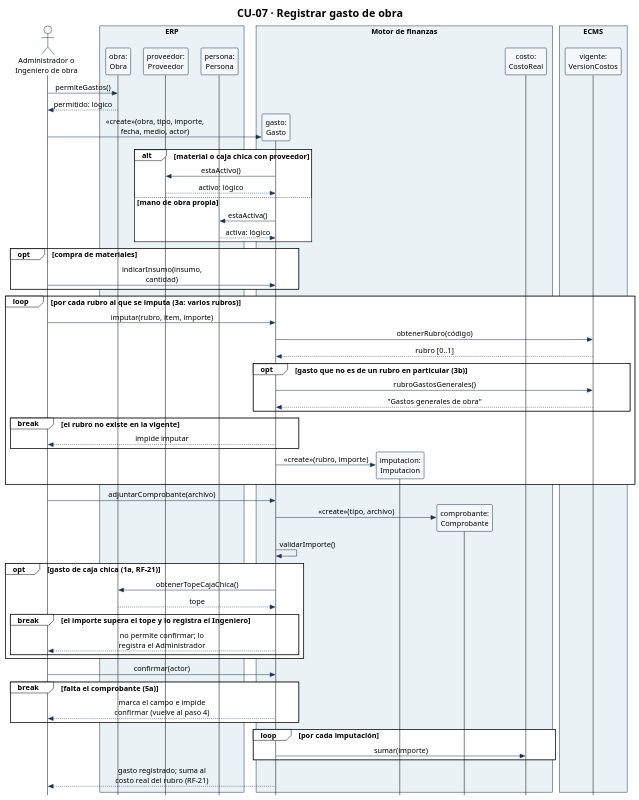
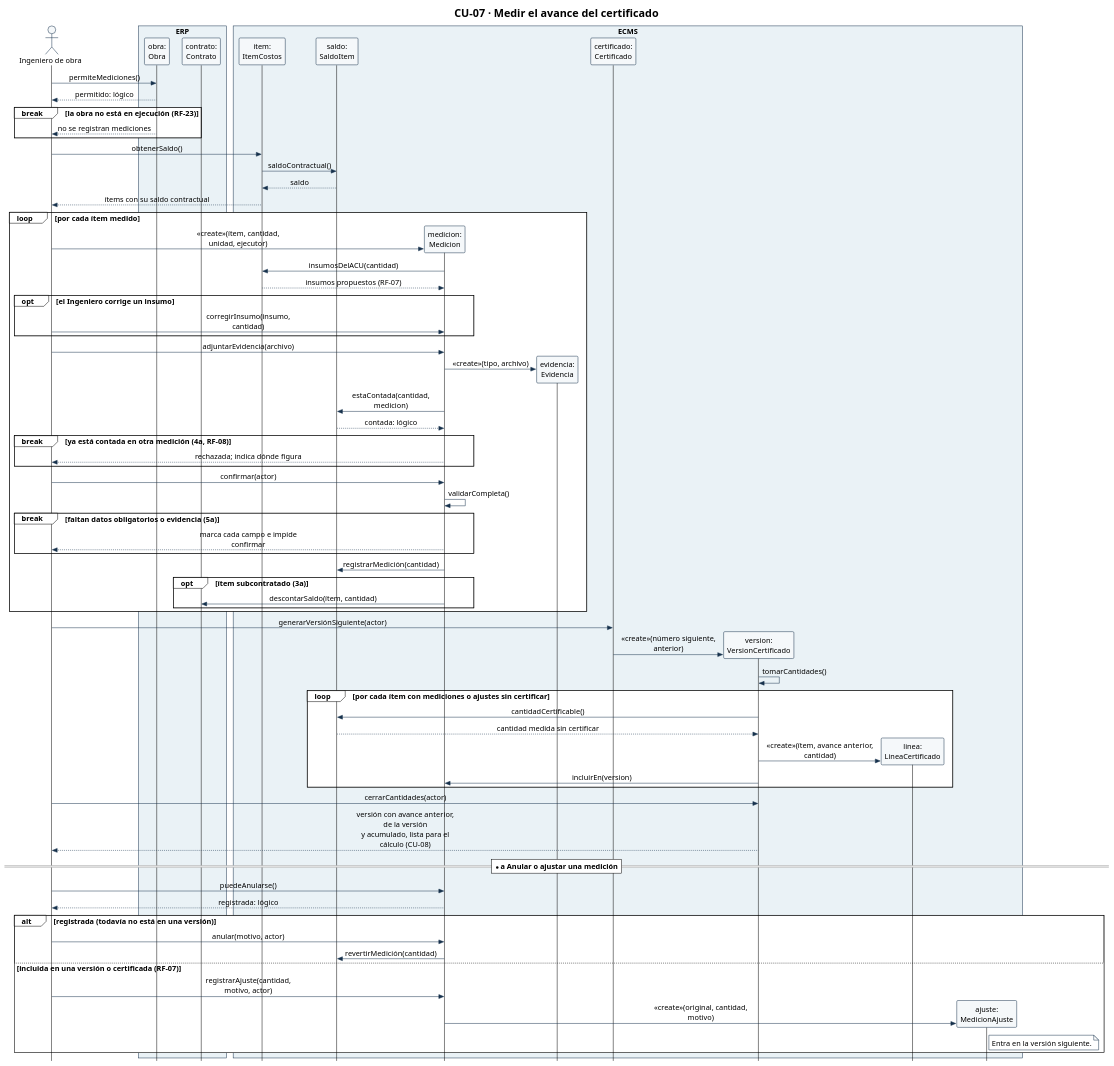
One commit to Ssrrb/tpf-uca changed the diagram in diagramas/CU-07-secuencia.puml. Above: the diagram before and after it, drawn with PlantUML. The commit also changed 51 other files, not shown here.

First line of the commit message:
Renumera los diagramas de CU 1 al 16 en orden de dependencia y saca los que salen del MVP

```diff
--- a/diagramas/CU-07-secuencia.puml
+++ b/diagramas/CU-07-secuencia.puml
@@ -1,86 +1,104 @@
 @startuml
 !theme plain
 skinparam style strictuml
 skinparam shadowing false
 skinparam defaultFontName Arial
 skinparam defaultFontSize 15
 skinparam sequenceMessageAlign center
 skinparam maxMessageSize 220
 skinparam ParticipantPadding 8
 skinparam BoxPadding 6
 skinparam ParticipantBackgroundColor #F5F8FA
 skinparam ParticipantBorderColor #17324D
 skinparam ActorBorderColor #17324D
 skinparam ActorBackgroundColor #F5F8FA
 skinparam ArrowColor #17324D
 skinparam SequenceBoxBorderColor #17324D
 skinparam note {
   BackgroundColor #FFFFFF
   BorderColor #17324D
 }
 hide footbox
-title CU-07 · Registrar gasto de obra
-actor "Administrador o\nIngeniero de obra" as Usr
+title CU-07 · Medir el avance del certificado
+actor "Ingeniero de obra" as Ing
 box "ERP" #EAF2F6
 participant "obra:\nObra" as Obra
-participant "proveedor:\nProveedor" as Prov
-participant "persona:\nPersona" as Pers
-end box
-box "Motor de finanzas" #EAF2F6
-participant "gasto:\nGasto" as G
-participant "imputacion:\nImputacion" as Imp
-participant "comprobante:\nComprobante" as Comp
-participant "costo:\nCostoReal" as CR
+participant "contrato:\nContrato" as Con
 end box
 box "ECMS" #EAF2F6
-participant "vigente:\nVersionCostos" as VC
+participant "item:\nItemCostos" as Item
+participant "saldo:\nSaldoItem" as Saldo
+participant "medicion:\nMedicion" as Med
+participant "evidencia:\nEvidencia" as Evi
+participant "certificado:\nCertificado" as Cert
+participant "version:\nVersionCertificado" as V
+participant "linea:\nLineaCertificado" as Lin
+participant "ajuste:\nMedicionAjuste" as Aj
 end box
 
-Usr -> Obra: permiteGastos()
-Obra --> Usr: permitido: lógico
-create G
-Usr -> G: «create»(obra, tipo, importe, fecha, medio, actor)
-alt material o caja chica con proveedor
-  G -> Prov: estaActivo()
-  Prov --> G: activo: lógico
-else mano de obra propia
-  G -> Pers: estaActiva()
-  Pers --> G: activa: lógico
+Ing -> Obra: permiteMediciones()
+Obra --> Ing: permitido: lógico
+break la obra no está en ejecución (RF-23)
+  Obra --> Ing: no se registran mediciones
 end
-opt compra de materiales
-  Usr -> G: indicarInsumo(insumo, cantidad)
-end
-loop por cada rubro al que se imputa (3a: varios rubros)
-  Usr -> G: imputar(rubro, ítem, importe)
-  G -> VC: obtenerRubro(código)
-  VC --> G: rubro [0..1]
-  opt gasto que no es de un rubro en particular (3b)
-    G -> VC: rubroGastosGenerales()
-    VC --> G: "Gastos generales de obra"
+Ing -> Item: obtenerSaldo()
+Item -> Saldo: saldoContractual()
+Saldo --> Item: saldo
+Item --> Ing: ítems con su saldo contractual
+
+loop por cada ítem medido
+  create Med
+  Ing -> Med: «create»(ítem, cantidad, unidad, ejecutor)
+  Med -> Item: insumosDelACU(cantidad)
+  Item --> Med: insumos propuestos (RF-07)
+  opt el Ingeniero corrige un insumo
+    Ing -> Med: corregirInsumo(insumo, cantidad)
   end
-  break el rubro no existe en la vigente
-    G --> Usr: impide imputar
+  Ing -> Med: adjuntarEvidencia(archivo)
+  create Evi
+  Med -> Evi: «create»(tipo, archivo)
+  Med -> Saldo: estaContada(cantidad, medicion)
+  Saldo --> Med: contada: lógico
+  break ya está contada en otra medición (4a, RF-08)
+    Med --> Ing: rechazada; indica dónde figura
   end
-  create Imp
-  G -> Imp: «create»(rubro, importe)
-end
-Usr -> G: adjuntarComprobante(archivo)
-create Comp
-G -> Comp: «create»(tipo, archivo)
-G -> G: validarImporte()
-opt gasto de caja chica (1a, RF-21)
-  G -> Obra: obtenerTopeCajaChica()
-  Obra --> G: tope
-  break el importe supera el tope y lo registra el Ingeniero
-    G --> Usr: no permite confirmar; lo registra el Administrador
+  Ing -> Med: confirmar(actor)
+  Med -> Med: validarCompleta()
+  break faltan datos obligatorios o evidencia (5a)
+    Med --> Ing: marca cada campo e impide confirmar
+  end
+  Med -> Saldo: registrarMedición(cantidad)
+  opt ítem subcontratado (3a)
+    Med -> Con: descontarSaldo(ítem, cantidad)
   end
 end
-Usr -> G: confirmar(actor)
-break falta el comprobante (5a)
-  G --> Usr: marca el campo e impide confirmar (vuelve al paso 4)
+
+Ing -> Cert: generarVersiónSiguiente(actor)
+create V
+Cert -> V: «create»(número siguiente, anterior)
+V -> V: tomarCantidades()
+loop por cada ítem con mediciones o ajustes sin certificar
+  V -> Saldo: cantidadCertificable()
+  Saldo --> V: cantidad medida sin certificar
+  create Lin
+  V -> Lin: «create»(ítem, avance anterior, cantidad)
+  V -> Med: incluirEn(version)
 end
-loop por cada imputación
-  G -> CR: sumar(importe)
+Ing -> V: cerrarCantidades(actor)
+V --> Ing: versión con avance anterior, de la versión\ny acumulado, lista para el cálculo (CU-08)
+
+== *a Anular o ajustar una medición ==
+Ing -> Med: puedeAnularse()
+Med --> Ing: registrada: lógico
+alt registrada (todavía no está en una versión)
+  Ing -> Med: anular(motivo, actor)
+  Med -> Saldo: revertirMedición(cantidad)
+else incluida en una versión o certificada (RF-07)
+  Ing -> Med: registrarAjuste(cantidad, motivo, actor)
+  create Aj
+  Med -> Aj: «create»(original, cantidad, motivo)
+  note right of Aj
+    Entra en la versión siguiente.
+  end note
 end
-G --> Usr: gasto registrado; suma al costo real del rubro (RF-21)
 @enduml
```
